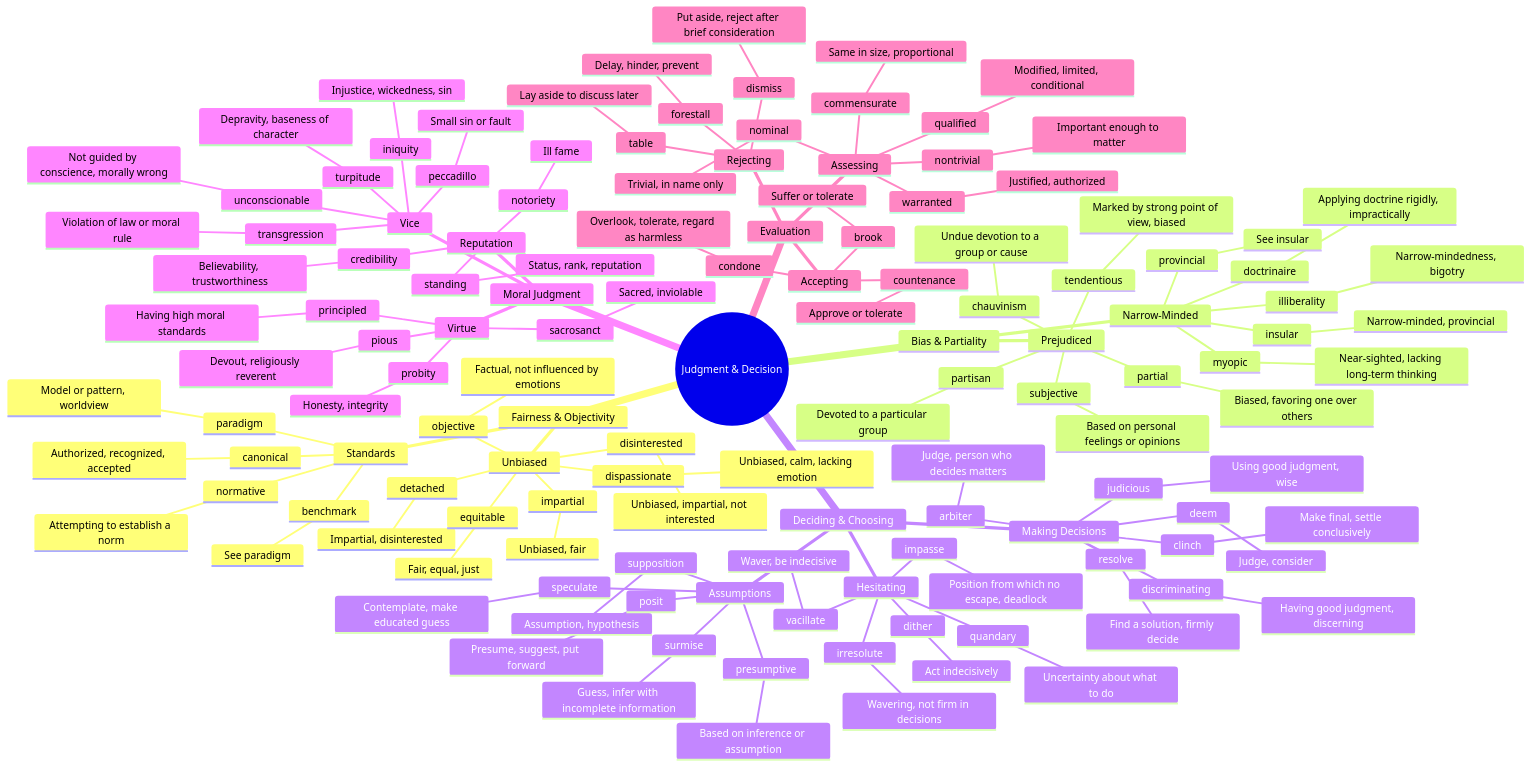
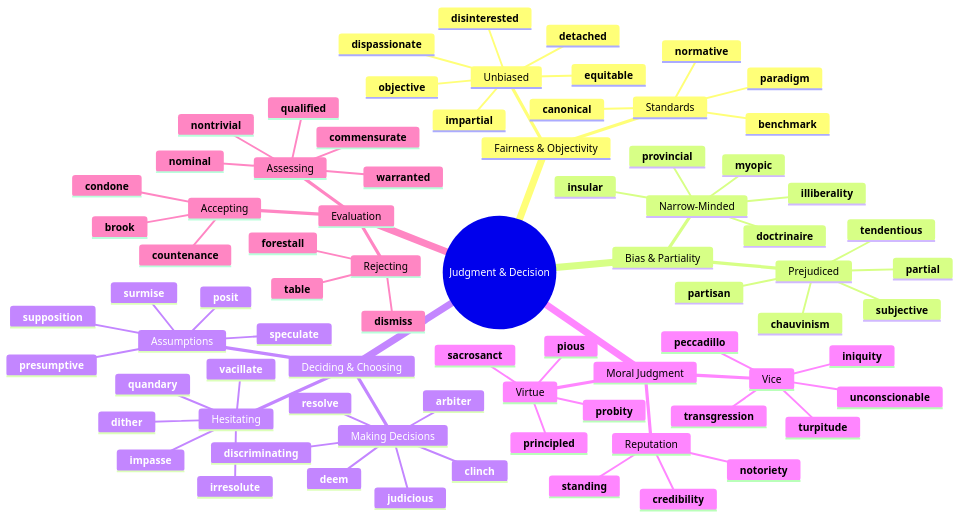
Before and after one commit to 95anantsingh/gre-preparation: the first of 7 diagrams in mindmaps/14-judgment-and-decision.md, drawn with Mermaid. The commit also changed other lines of this file and 20 other files, not shown here.

````diff
--- a/mindmaps/14-judgment-and-decision.md
+++ b/mindmaps/14-judgment-and-decision.md
@@ -9,138 +7,79 @@
   root((Judgment & Decision))
     Fairness & Objectivity
       Unbiased
-        impartial
-          Unbiased, fair
-        disinterested
-          Unbiased, impartial, not interested
-        dispassionate
-          Unbiased, calm, lacking emotion
-        objective
-          Factual, not influenced by emotions
-        detached
-          Impartial, disinterested
-        equitable
-          Fair, equal, just
+        **impartial**
+        **disinterested**
+        **dispassionate**
+        **objective**
+        **detached**
+        **equitable**
       Standards
-        canonical
-          Authorized, recognized, accepted
-        paradigm
-          Model or pattern, worldview
-        normative
-          Attempting to establish a norm
-        benchmark
-          See paradigm
+        **canonical**
+        **paradigm**
+        **normative**
+        **benchmark**
     Bias & Partiality
       Prejudiced
-        partial
-          Biased, favoring one over others
-        partisan
-          Devoted to a particular group
-        tendentious
-          Marked by strong point of view, biased
-        subjective
-          Based on personal feelings or opinions
-        chauvinism
-          Undue devotion to a group or cause
+        **partial**
+        **partisan**
+        **tendentious**
+        **subjective**
+        **chauvinism**
       Narrow-Minded
-        insular
-          Narrow-minded, provincial
-        illiberality
-          Narrow-mindedness, bigotry
-        doctrinaire
-          Applying doctrine rigidly, impractically
-        myopic
-          Near-sighted, lacking long-term thinking
-        provincial
-          See insular
+        **insular**
+        **illiberality**
+        **doctrinaire**
+        **myopic**
+        **provincial**
     Deciding & Choosing
       Making Decisions
-        deem
-          Judge, consider
-        arbiter
-          Judge, person who decides matters
-        discriminating
-          Having good judgment, discerning
-        judicious
-          Using good judgment, wise
-        resolve
-          Find a solution, firmly decide
-        clinch
-          Make final, settle conclusively
+        **deem**
+        **arbiter**
+        **discriminating**
+        **judicious**
+        **resolve**
+        **clinch**
       Hesitating
-        vacillate
-          Waver, be indecisive
-        irresolute
-          Wavering, not firm in decisions
-        quandary
-          Uncertainty about what to do
-        dither
-          Act indecisively
-        impasse
-          Position from which no escape, deadlock
+        **vacillate**
+        **irresolute**
+        **quandary**
+        **dither**
+        **impasse**
       Assumptions
-        presumptive
-          Based on inference or assumption
-        supposition
-          Assumption, hypothesis
-        posit
-          Presume, suggest, put forward
-        surmise
-          Guess, infer with incomplete information
-        speculate
-          Contemplate, make educated guess
+        **presumptive**
+        **supposition**
+        **posit**
+        **surmise**
+        **speculate**
     Moral Judgment
       Virtue
-        principled
-          Having high moral standards
-        probity
-          Honesty, integrity
-        sacrosanct
-          Sacred, inviolable
-        pious
-          Devout, religiously reverent
+        **principled**
+        **probity**
+        **sacrosanct**
+        **pious**
       Vice
-        iniquity
-          Injustice, wickedness, sin
-        turpitude
-          Depravity, baseness of character
-        unconscionable
-          Not guided by conscience, morally wrong
-        peccadillo
-          Small sin or fault
-        transgression
-          Violation of law or moral rule
+        **iniquity**
+        **turpitude**
+        **unconscionable**
+        **peccadillo**
+        **transgression**
       Reputation
-        credibility
-          Believability, trustworthiness
-        notoriety
-          Ill fame
-        standing
-          Status, rank, reputation
+        **credibility**
+        **notoriety**
+        **standing**
     Evaluation
       Assessing
-        qualified
-          Modified, limited, conditional
-        warranted
-          Justified, authorized
-        commensurate
-          Same in size, proportional
-        nominal
-          Trivial, in name only
-        nontrivial
-          Important enough to matter
+        **qualified**
+        **warranted**
+        **commensurate**
+        **nominal**
+        **nontrivial**
       Accepting
-        condone
-          Overlook, tolerate, regard as harmless
-        countenance
-          Approve or tolerate
-        brook
-          Suffer or tolerate
+        **condone**
+        **countenance**
+        **brook**
       Rejecting
-        dismiss
-          Put aside, reject after brief consideration
-        table
-          Lay aside to discuss later
-        forestall
-          Delay, hinder, prevent
+        **dismiss**
+        **table**
+        **forestall**
 ```
````
